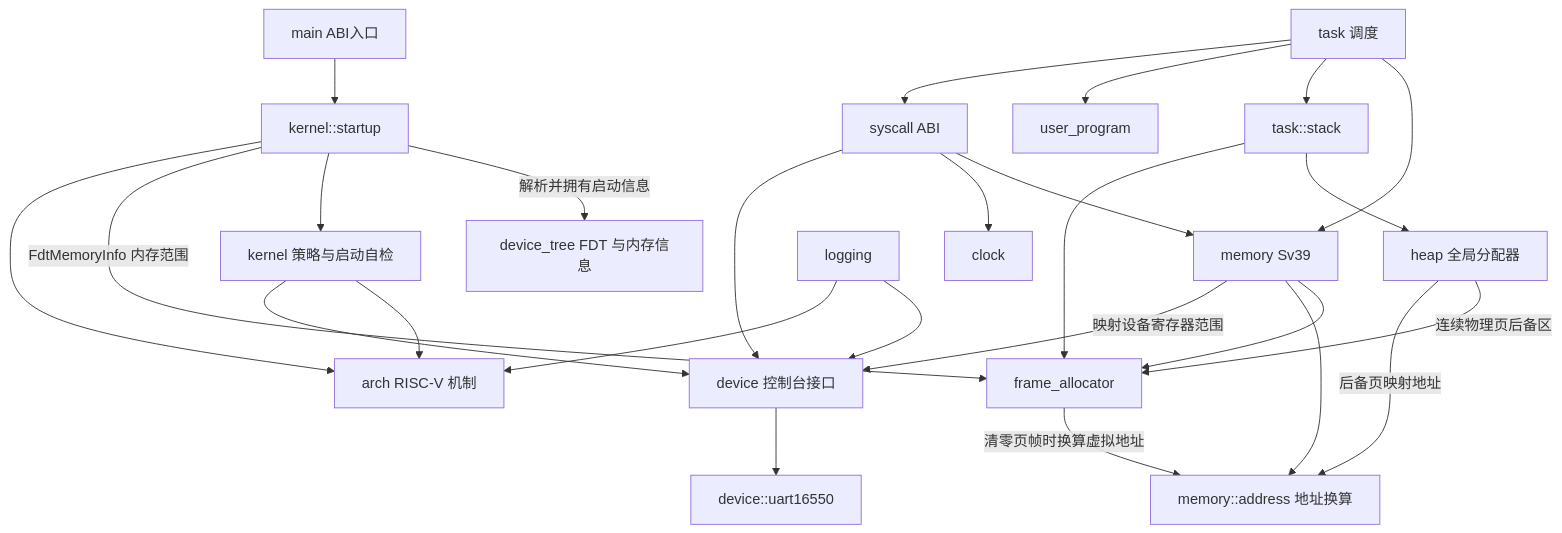
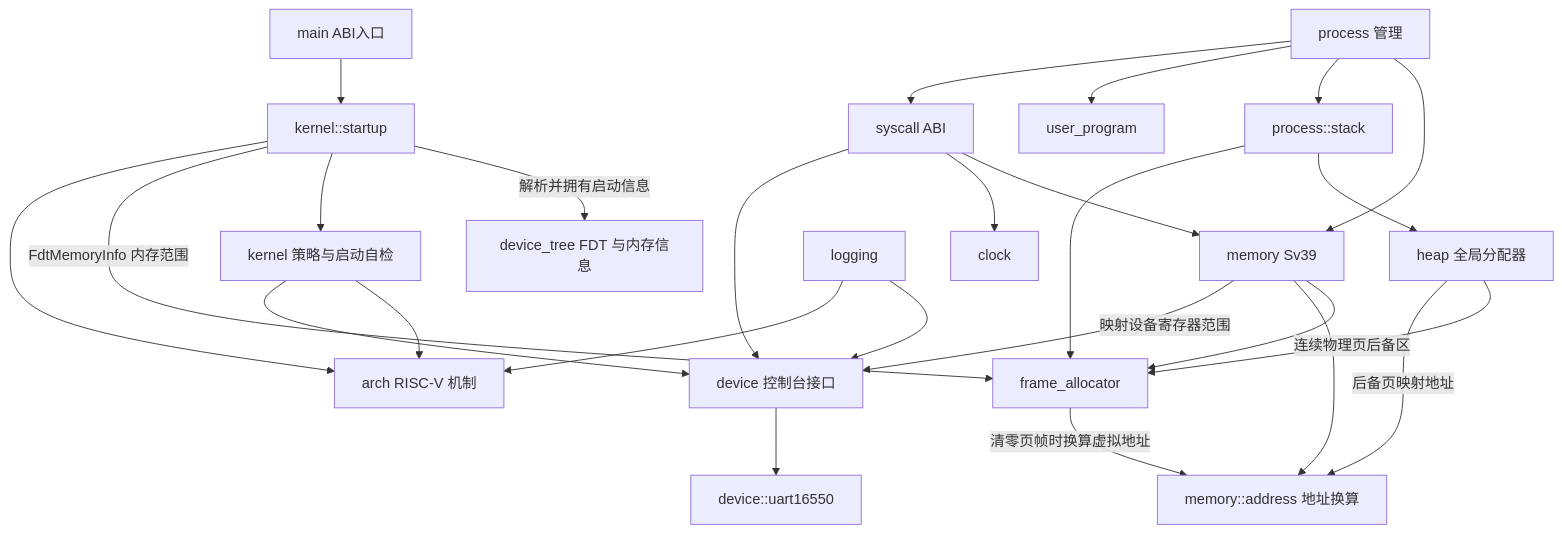
Before and after one commit to logeable/fullemu: the diagram in docs/architecture.md, drawn with Mermaid. The commit also changed other lines of this file and 16 other files, not shown here.

````diff
--- a/docs/architecture.md
+++ b/docs/architecture.md
@@ -65,28 +65,28 @@
 ```mermaid
 flowchart TD
     Main[main ABI入口] --> Startup[kernel::startup]
     Startup -->|解析并拥有启动信息| DeviceTree[device_tree FDT 与内存信息]
     Startup --> Kernel[kernel 策略与启动自检]
     Startup -->|FdtMemoryInfo 内存范围| Frames[frame_allocator]
     Heap[heap 全局分配器] -->|连续物理页后备区| Frames
     Heap -->|后备页映射地址| Address[memory::address 地址换算]
     Startup --> Arch[arch RISC-V 机制]
     Kernel --> Arch
     Kernel --> Device[device 控制台接口]
     Device --> Uart[device::uart16550]
     Memory[memory Sv39] --> Frames
     Memory --> Address
     Frames -->|清零页帧时换算虚拟地址| Address
     Memory -->|映射设备寄存器范围| Device
-    Task[task 调度] --> Memory
-    Task --> Stack[task::stack]
+    Process[process 管理] --> Memory
+    Process --> Stack[process::stack]
     Stack --> Heap
     Stack --> Frames
-    Task --> Program[user_program]
-    Task --> Syscall[syscall ABI]
+    Process --> Program[user_program]
+    Process --> Syscall[syscall ABI]
     Syscall --> Memory
     Syscall --> Clock[clock]
     Syscall --> Device
     Logging[logging] --> Device
     Logging --> Arch
 ```
````
